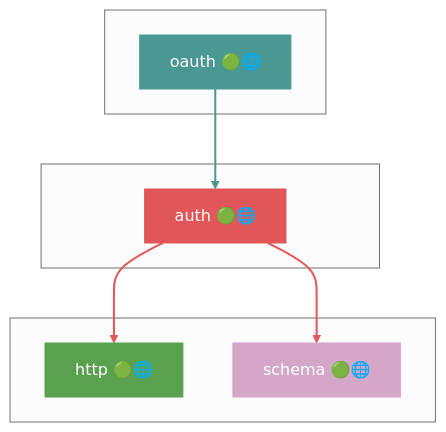
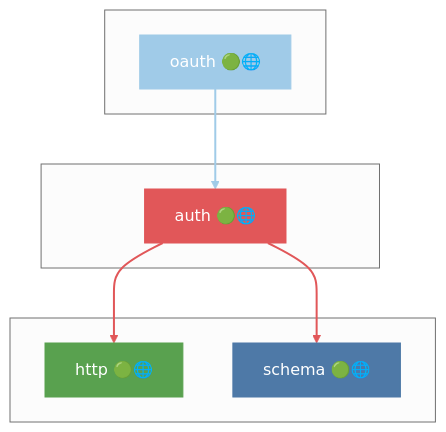
One commit to grest-ts/grest-ts changed the fourth of 48 diagrams in docs/DEPENDENCIES.md. Above: the diagram before and after it, drawn with Mermaid (neutral theme). The commit also changed other lines of this file and 78 other files, not shown here.

````diff
--- a/docs/DEPENDENCIES.md
+++ b/docs/DEPENDENCIES.md
@@ -515,23 +521,23 @@
 ```mermaid
 flowchart TB
     subgraph Dependents[" "]
         oauth["oauth 🟢🌐"]
     end
     subgraph Package[" "]
         auth["auth 🟢🌐"]
     end
     subgraph Dependencies[" "]
         http["http 🟢🌐"]
         schema["schema 🟢🌐"]
     end
     oauth --> auth
     auth --> http
     auth --> schema
     style auth fill:#E15759,stroke:#E15759,color:#fff
-    style oauth fill:#499894,stroke:#499894,color:#fff
+    style oauth fill:#A0CBE8,stroke:#A0CBE8,color:#fff
     style http fill:#59A14F,stroke:#59A14F,color:#fff
-    style schema fill:#D4A6C8,stroke:#D4A6C8,color:#fff
-    linkStyle 0 stroke:#499894,stroke-width:2px
+    style schema fill:#4E79A7,stroke:#4E79A7,color:#fff
+    linkStyle 0 stroke:#A0CBE8,stroke-width:2px
     linkStyle 1 stroke:#E15759,stroke-width:2px
     linkStyle 2 stroke:#E15759,stroke-width:2px
 ```
````
